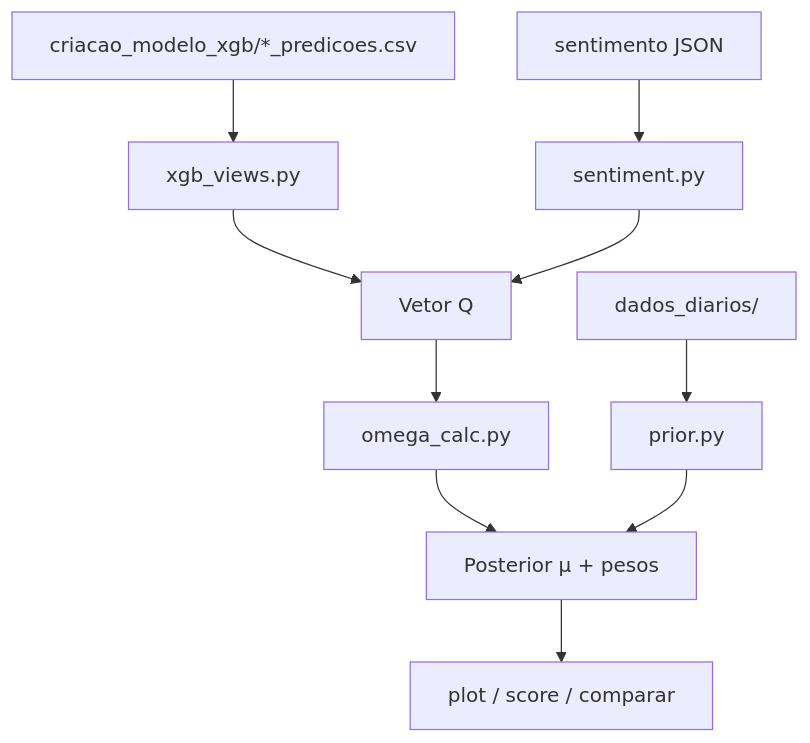
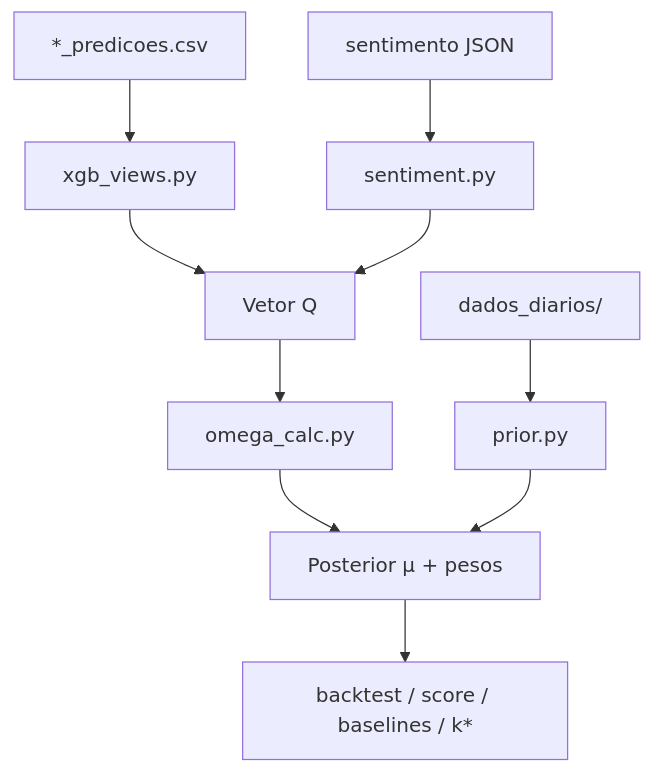
One commit to igxxtl/toledo-portfolio-optimizationn changed the second of 2 diagrams in README.md. Above: the diagram before and after it, drawn with Mermaid. The commit also changed other lines of this file and 49 other files, not shown here.

````diff
--- a/README.md
+++ b/README.md
@@ -228,12 +173,12 @@
 ```mermaid
 flowchart TD
-    XGB["criacao_modelo_xgb/*_predicoes.csv"] --> QV["xgb_views.py"]
+    XGB["*_predicoes.csv"] --> QV["xgb_views.py"]
     NEWS["sentimento JSON"] --> SENT["sentiment.py"]
     QV --> Q["Vetor Q"]
     SENT --> Q
     Q --> OMEGA["omega_calc.py"]
     DD["dados_diarios/"] --> PI["prior.py"]
     OMEGA --> BL["Posterior μ + pesos"]
     PI --> BL
-    BL --> EVAL["plot / score / comparar"]
+    BL --> EVAL["backtest / score / baselines / k*"]
 ```
````
